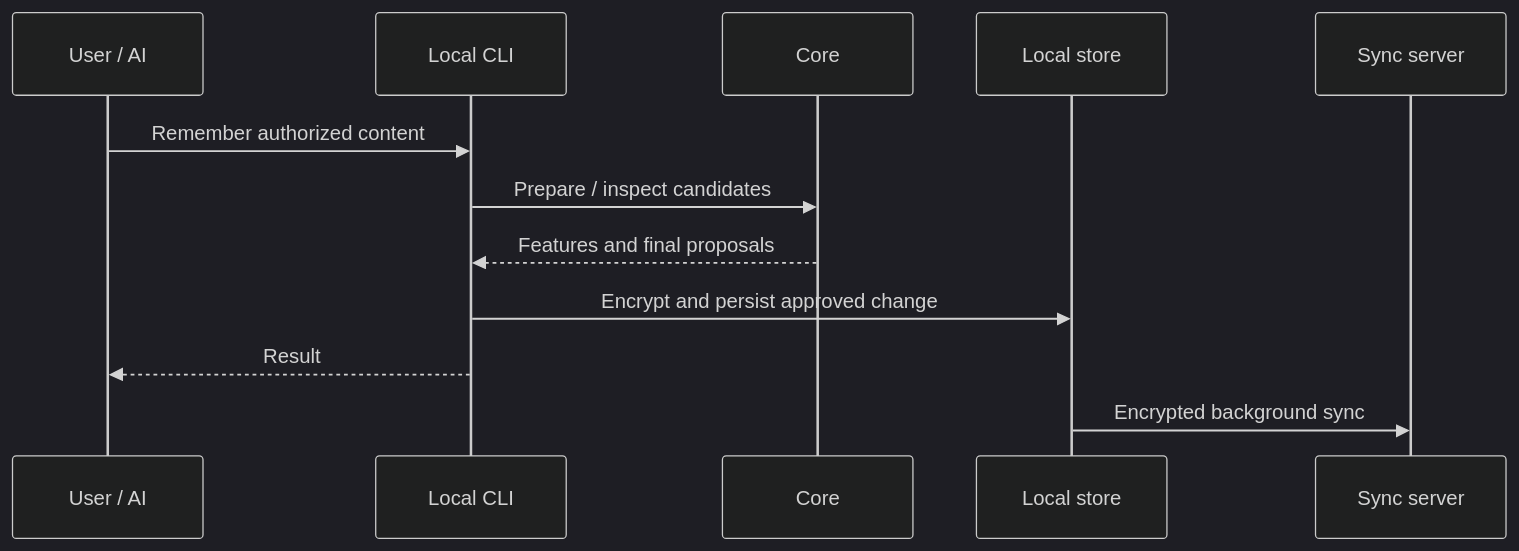
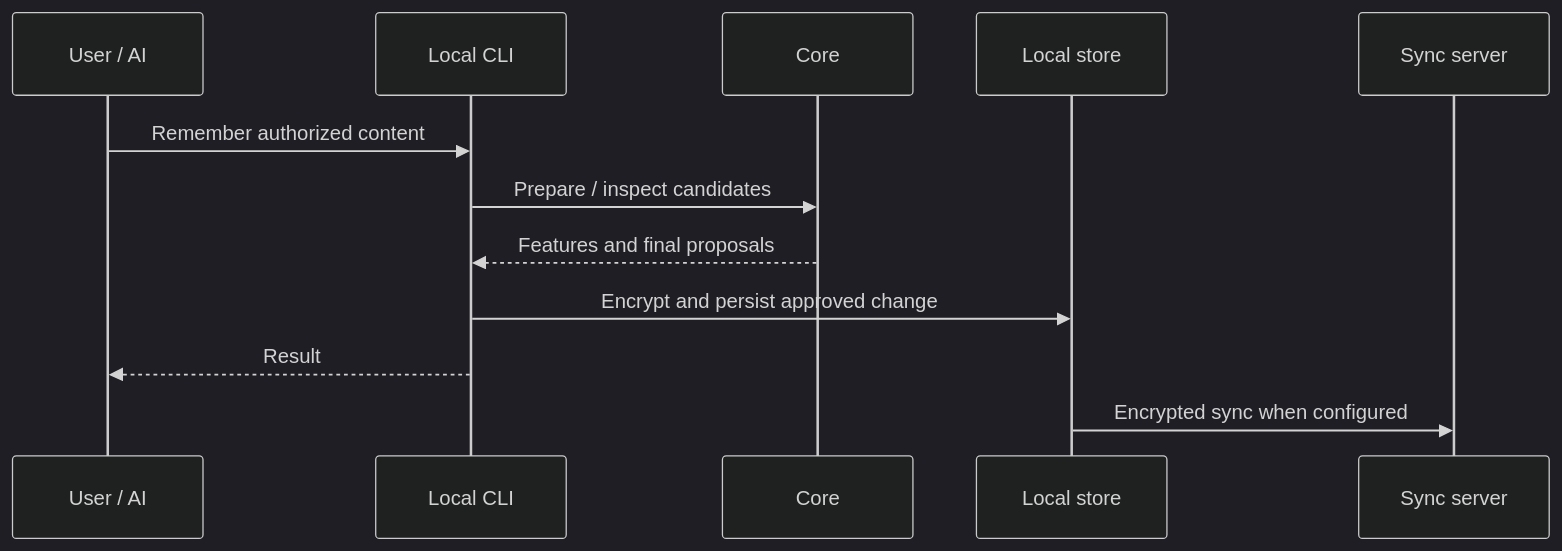
The diagram in docs/walkthrough.md (risense-ai/respire-docs), drawn with Mermaid (dark theme) before and after one commit. The commit also changed other lines of this file and 117 other files, not shown here.

````diff
--- a/docs/walkthrough.md
+++ b/docs/walkthrough.md
@@ -5,14 +5,14 @@
 ```mermaid
 sequenceDiagram
   participant User as User / AI
   participant CLI as Local CLI
   participant Core as Core
   participant Store as Local store
   participant Server as Sync server
   User->>CLI: Remember authorized content
   CLI->>Core: Prepare / inspect candidates
   Core-->>CLI: Features and final proposals
   CLI->>Store: Encrypt and persist approved change
   CLI-->>User: Result
-  Store->>Server: Encrypted background sync
+  Store->>Server: Encrypted sync when configured
 ```
````
